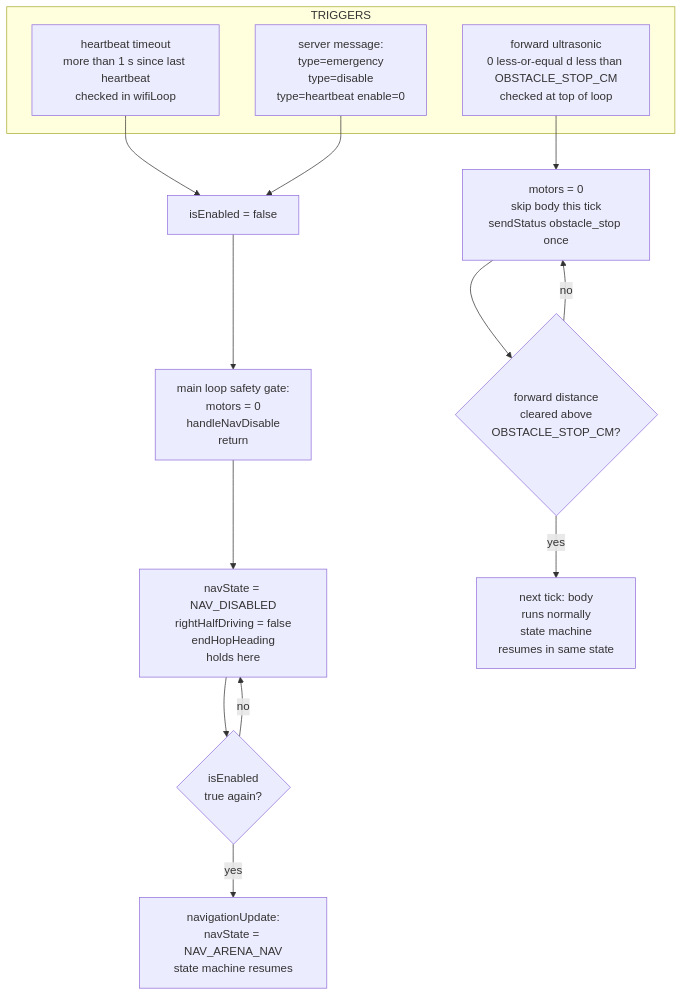
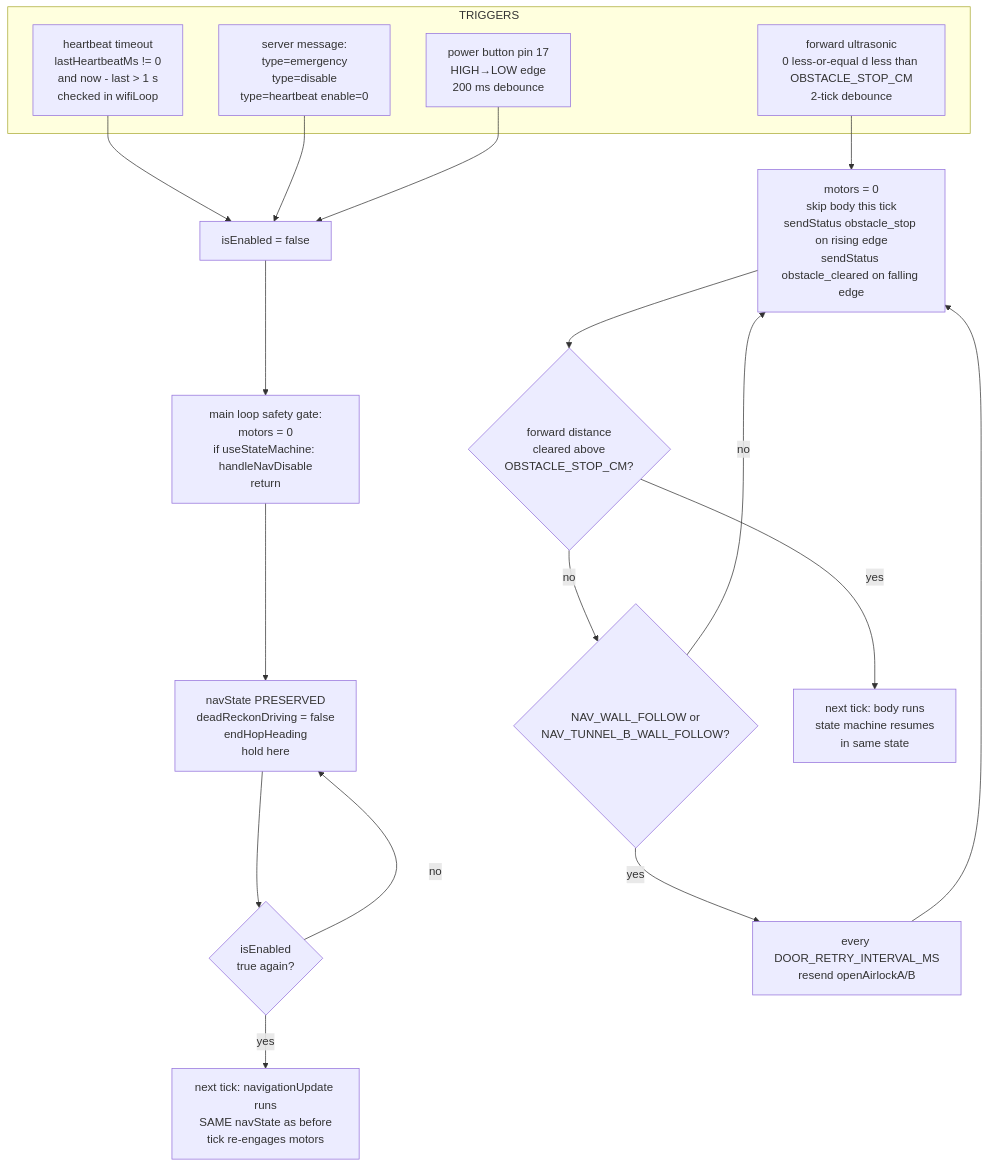
One commit to Stanleyhoo1/Robotics-Challenge changed the third of 8 diagrams in docs/flowcharts.md. Above: the diagram before and after it, drawn with Mermaid. The commit also changed other lines of this file and 16 other files, not shown here.

````diff
--- a/docs/flowcharts.md
+++ b/docs/flowcharts.md
@@ -64,19 +74,24 @@
 ```mermaid
 flowchart TD
     subgraph TRIGGERS
-        T1[heartbeat timeout<br/>more than 1 s since last heartbeat<br/>checked in wifiLoop]
+        T1[heartbeat timeout<br/>lastHeartbeatMs != 0<br/>and now - last > 1 s<br/>checked in wifiLoop]
         T2[server message:<br/>type=emergency<br/>type=disable<br/>type=heartbeat enable=0]
-        T3[forward ultrasonic<br/>0 less-or-equal d less than OBSTACLE_STOP_CM<br/>checked at top of loop]
+        T3[forward ultrasonic<br/>0 less-or-equal d less than OBSTACLE_STOP_CM<br/>2-tick debounce]
+        T4[power button pin 17<br/>HIGH→LOW edge<br/>200 ms debounce]
     end
     T1 --> U[isEnabled = false]
     T2 --> U
-    T3 --> V[motors = 0<br/>skip body this tick<br/>sendStatus obstacle_stop once]
-    U --> W[main loop safety gate:<br/>motors = 0<br/>handleNavDisable<br/>return]
-    W --> X[navState = NAV_DISABLED<br/>rightHalfDriving = false<br/>endHopHeading<br/>holds here]
+    T4 --> U
+    T3 --> V[motors = 0<br/>skip body this tick<br/>sendStatus obstacle_stop on rising edge<br/>sendStatus obstacle_cleared on falling edge]
+    U --> W[main loop safety gate:<br/>motors = 0<br/>if useStateMachine: handleNavDisable<br/>return]
+    W --> X[navState PRESERVED<br/>deadReckonDriving = false<br/>endHopHeading<br/>hold here]
     X --> Y{isEnabled<br/>true again?}
     Y -- no --> X
-    Y -- yes --> Z[navigationUpdate:<br/>navState = NAV_ARENA_NAV<br/>state machine resumes]
+    Y -- yes --> Z[next tick: navigationUpdate runs<br/>SAME navState as before<br/>tick re-engages motors]
     V --> AA{forward distance<br/>cleared above<br/>OBSTACLE_STOP_CM?}
-    AA -- no --> V
-    AA -- yes --> AB[next tick: body<br/>runs normally<br/>state machine<br/>resumes in same state]
+    AA -- no --> AB{NAV_WALL_FOLLOW or<br/>NAV_TUNNEL_B_WALL_FOLLOW?}
+    AB -- yes --> AC[every DOOR_RETRY_INTERVAL_MS<br/>resend openAirlockA/B]
+    AC --> V
+    AB -- no --> V
+    AA -- yes --> AD[next tick: body runs<br/>state machine resumes<br/>in same state]
 ```
````
